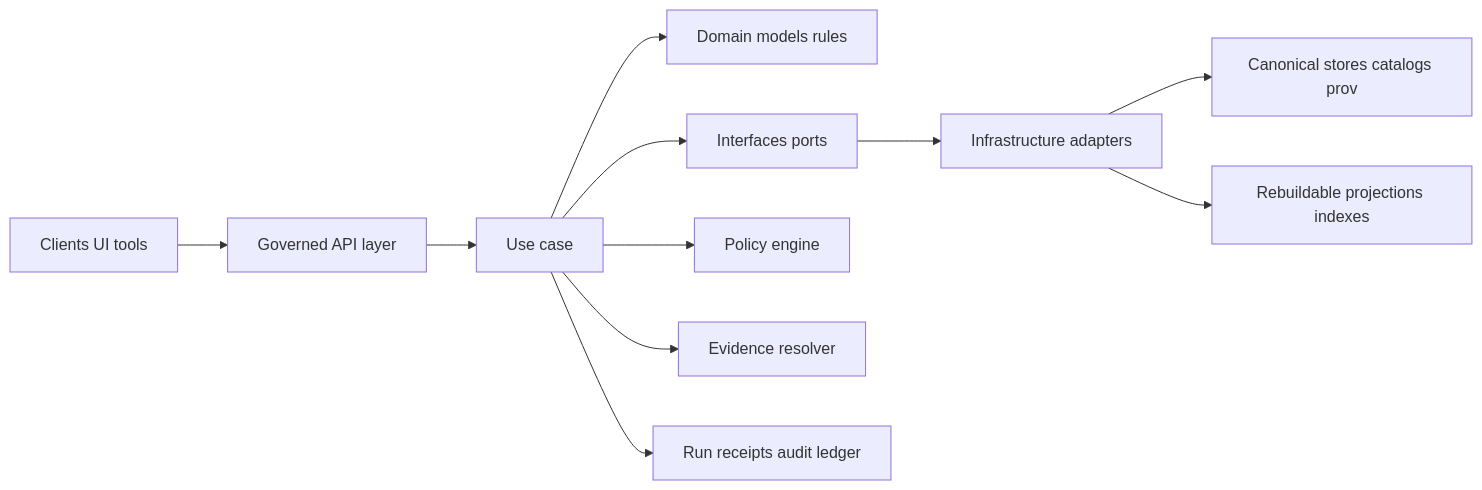
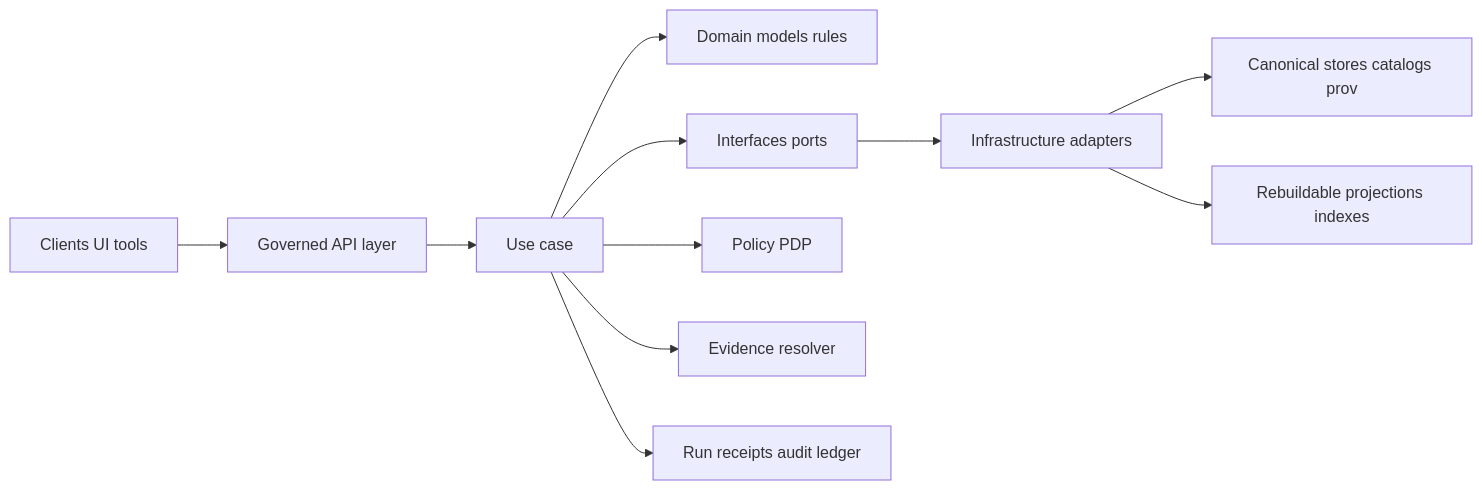
The diagram in packages/usecases/README.md (bartytime4life/Kansas-Frontier-Matrix), drawn with Mermaid before and after one commit. The commit also changed other lines of this file, not shown here.

````diff
--- a/packages/usecases/README.md
+++ b/packages/usecases/README.md
@@ -97,13 +123,16 @@
 ```mermaid
 flowchart LR
   UI[Clients UI tools] --> API[Governed API layer]
   API --> UC[Use case]
+
   UC --> DOM[Domain models rules]
   UC --> PORTS[Interfaces ports]
   PORTS --> ADAPT[Infrastructure adapters]
+
   ADAPT --> CANON[Canonical stores catalogs prov]
   ADAPT --> PROJ[Rebuildable projections indexes]
-  UC --> POL[Policy engine]
+
+  UC --> POL[Policy PDP]
   UC --> EV[Evidence resolver]
   UC --> AUD[Run receipts audit ledger]
 ```
````
